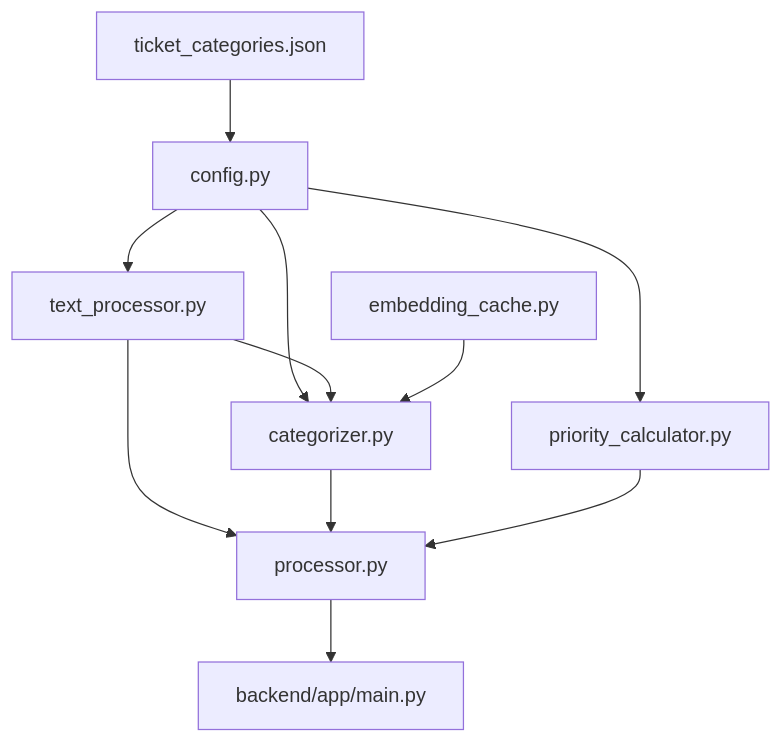
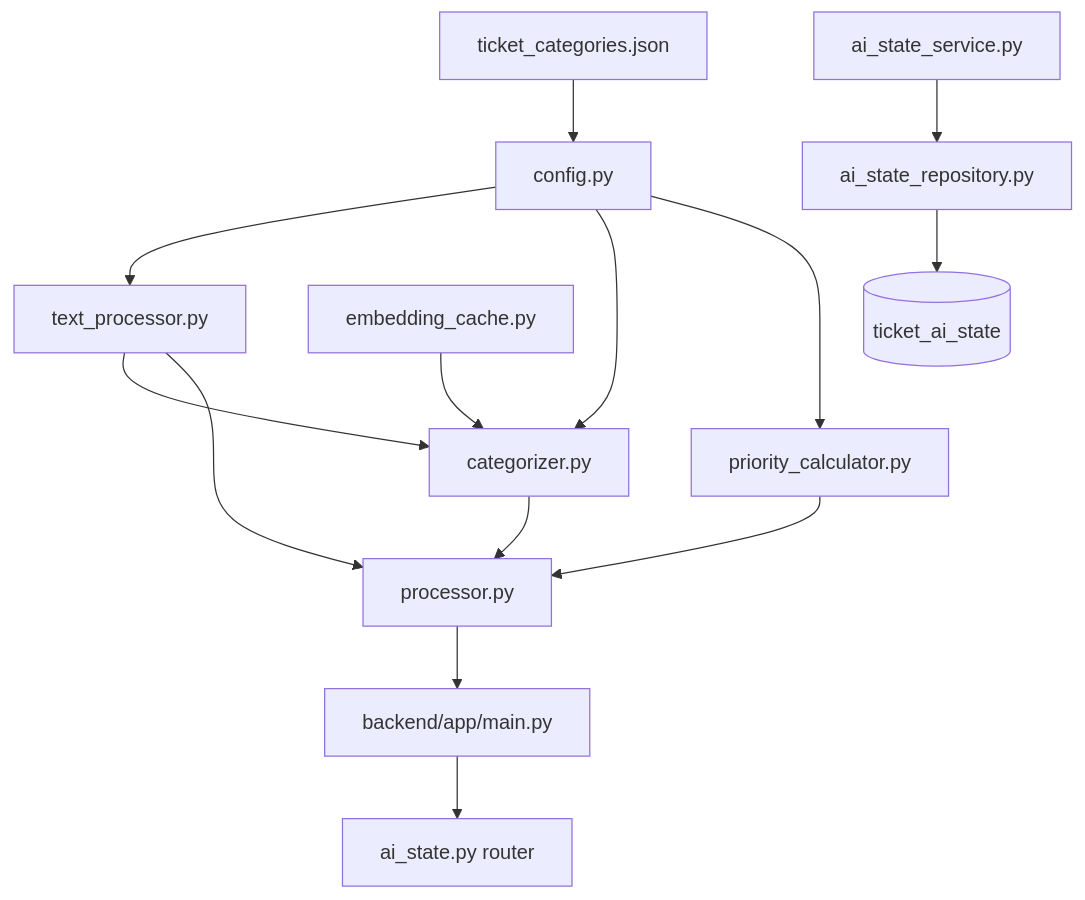
The first of 3 diagrams in docs/services/ai-service/architecture.md (Plymouth-University/comp2003-2025-2026-team-3), drawn with Mermaid before and after one commit. The commit also changed other lines of this file and 15 other files, not shown here.

````diff
--- a/docs/services/ai-service/architecture.md
+++ b/docs/services/ai-service/architecture.md
@@ -20,15 +20,18 @@
 ```mermaid
 flowchart TD
   Config[config.py] --> Text[text_processor.py]
   Config --> Categorizer[categorizer.py]
   Config --> Priority[priority_calculator.py]
 
   Text --> Categorizer
   Text --> Processor[processor.py]
   Categorizer --> Processor
   Priority --> Processor
   Cache[embedding_cache.py] --> Categorizer
+  AIStateService[ai_state_service.py] --> AIRepo[ai_state_repository.py]
+  AIRepo --> AIStateTable[(ticket_ai_state)]
 
   Processor --> API[backend/app/main.py]
+  API --> AIRouter[ai_state.py router]
   CategoryFile[ticket_categories.json] --> Config
 ```
````
